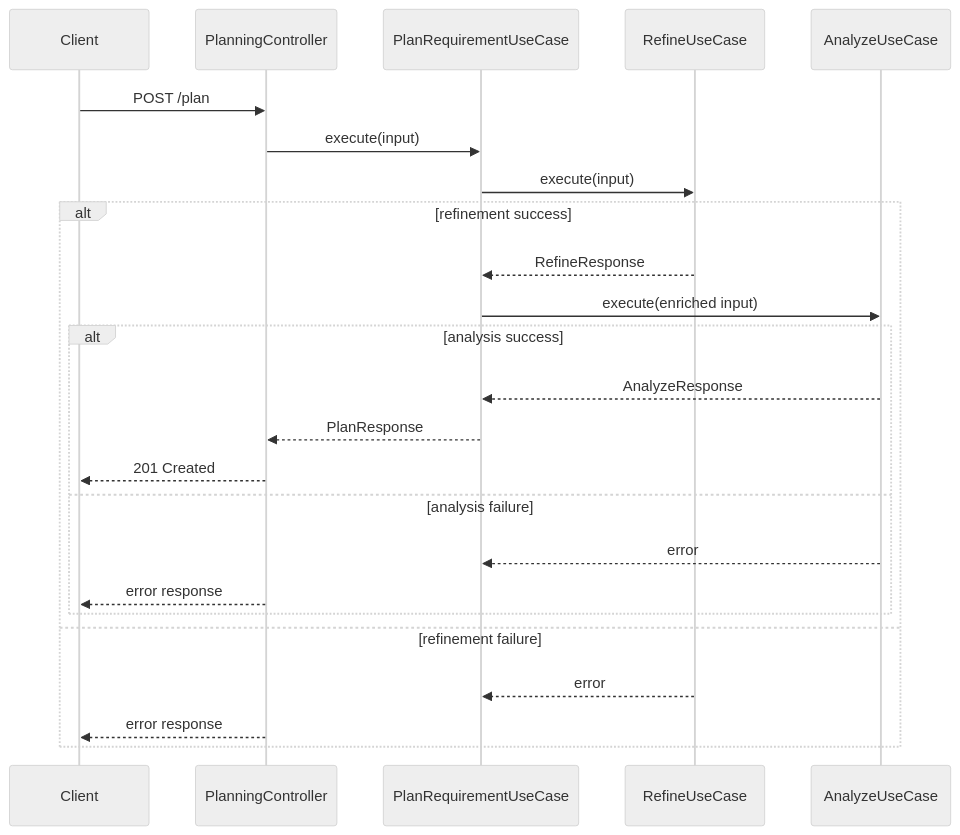
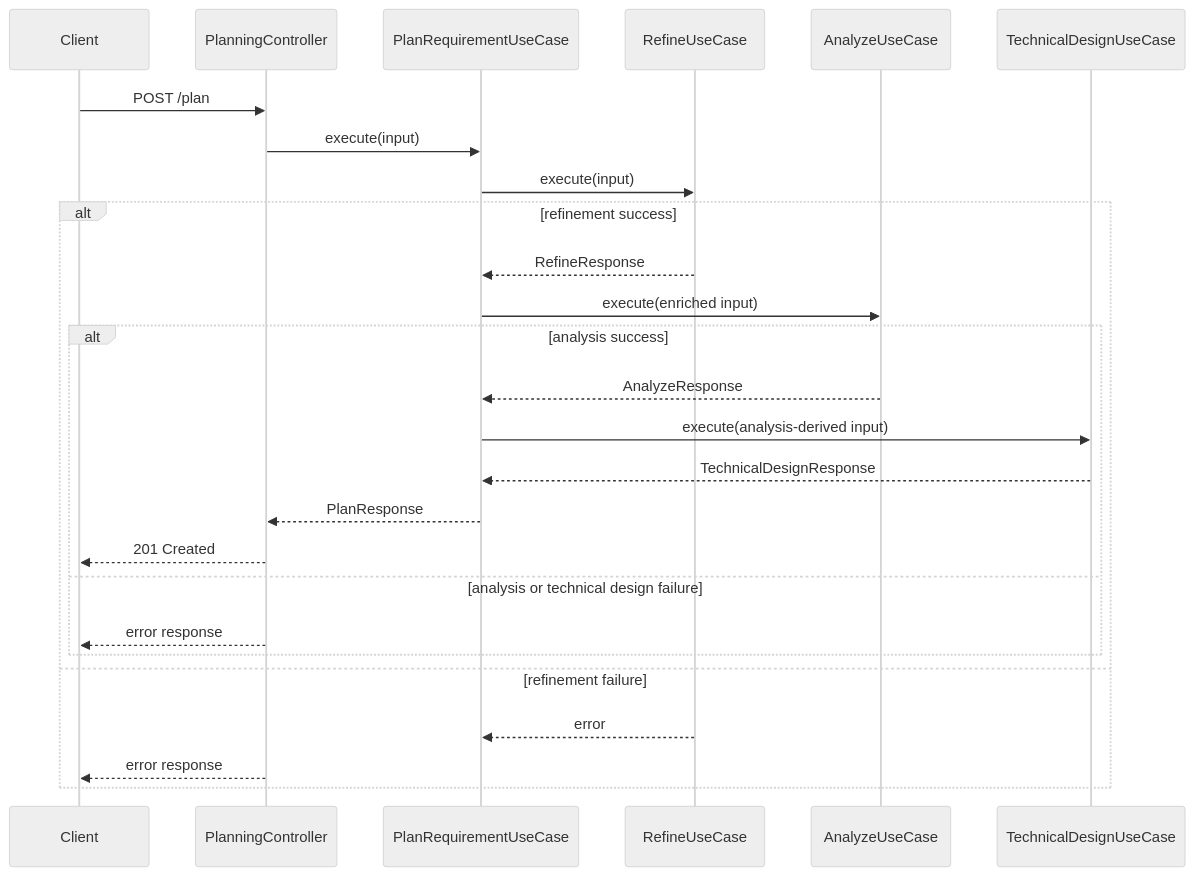
Before and after one commit to gustavoarielms/ai-orchestrator: the diagram in docs/diagrams/planning-sequence.md, drawn with Mermaid (neutral theme). The commit also changed 10 other files, not shown here.

First line of the commit message:
feat(ai): add technical design module and unify shared AI runtime

````diff
--- a/docs/diagrams/planning-sequence.md
+++ b/docs/diagrams/planning-sequence.md
@@ -3,30 +3,32 @@
 ```mermaid
 sequenceDiagram
     participant Client
     participant Controller as PlanningController
     participant UseCase as PlanRequirementUseCase
     participant Refine as RefineUseCase
     participant Analyze as AnalyzeUseCase
+    participant Design as TechnicalDesignUseCase
 
     Client->>Controller: POST /plan
     Controller->>UseCase: execute(input)
 
     UseCase->>Refine: execute(input)
 
     alt refinement success
         Refine-->>UseCase: RefineResponse
         UseCase->>Analyze: execute(enriched input)
 
         alt analysis success
             Analyze-->>UseCase: AnalyzeResponse
+            UseCase->>Design: execute(analysis-derived input)
+            Design-->>UseCase: TechnicalDesignResponse
             UseCase-->>Controller: PlanResponse
             Controller-->>Client: 201 Created
-        else analysis failure
-            Analyze-->>UseCase: error
+        else analysis or technical design failure
             Controller-->>Client: error response
         end
     else refinement failure
         Refine-->>UseCase: error
         Controller-->>Client: error response
     end
 ```
````
